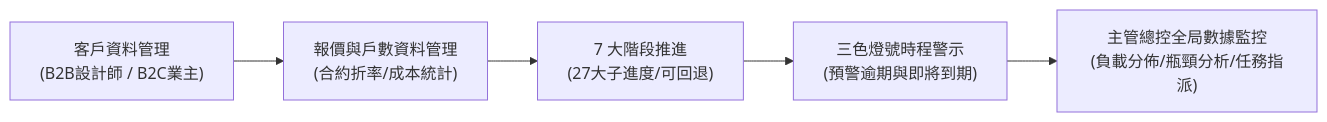
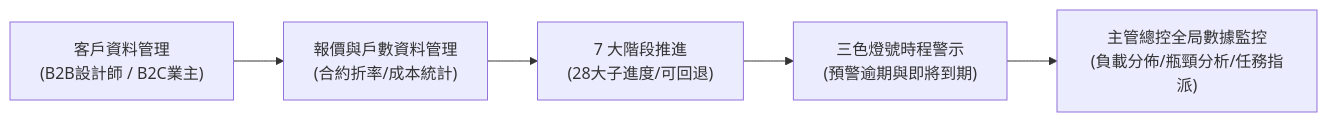
One commit to rwcabinet-lab/RW_CabSalesProject changed the diagram in docs/平台介紹_向總公司主管簡報報告.md. Above: the diagram before and after it, drawn with Mermaid. The commit also changed other lines of this file and 12 other files, not shown here.

````diff
--- a/docs/平台介紹_向總公司主管簡報報告.md
+++ b/docs/平台介紹_向總公司主管簡報報告.md
@@ -31,7 +31,7 @@
 ```mermaid
 flowchart LR
     A["客戶資料管理<br/>(B2B設計師 / B2C業主)"] --> B["報價與戶數資料管理<br/>(合約折率/成本統計)"]
-    B --> C["7 大階段推進<br/>(27大子進度/可回退)"]
+    B --> C["7 大階段推進<br/>(28大子進度/可回退)"]
     C --> D["三色燈號時程警示<br/>(預警逾期與即將到期)"]
     D --> E["主管總控全局數據監控<br/>(負載分佈/瓶頸分析/任務指派)"]
 ```
````
